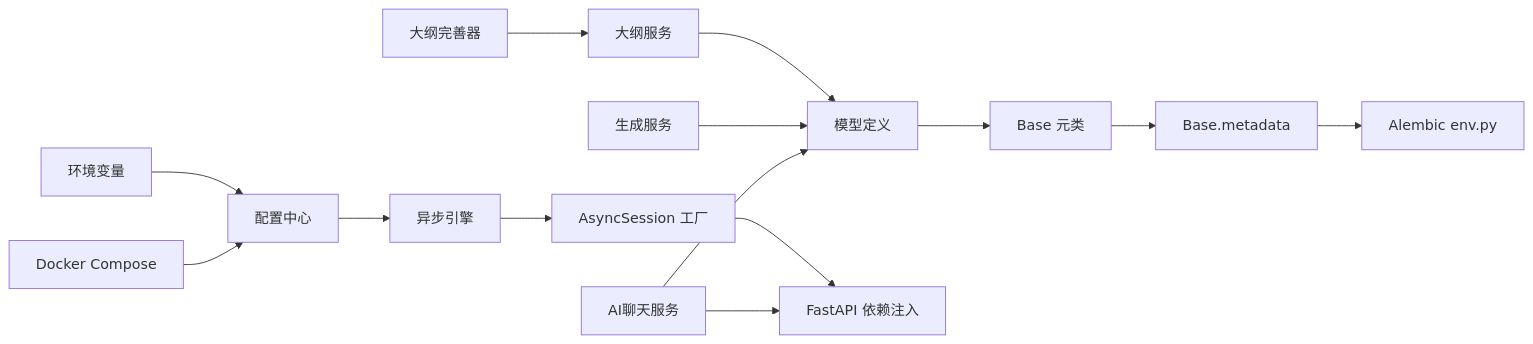
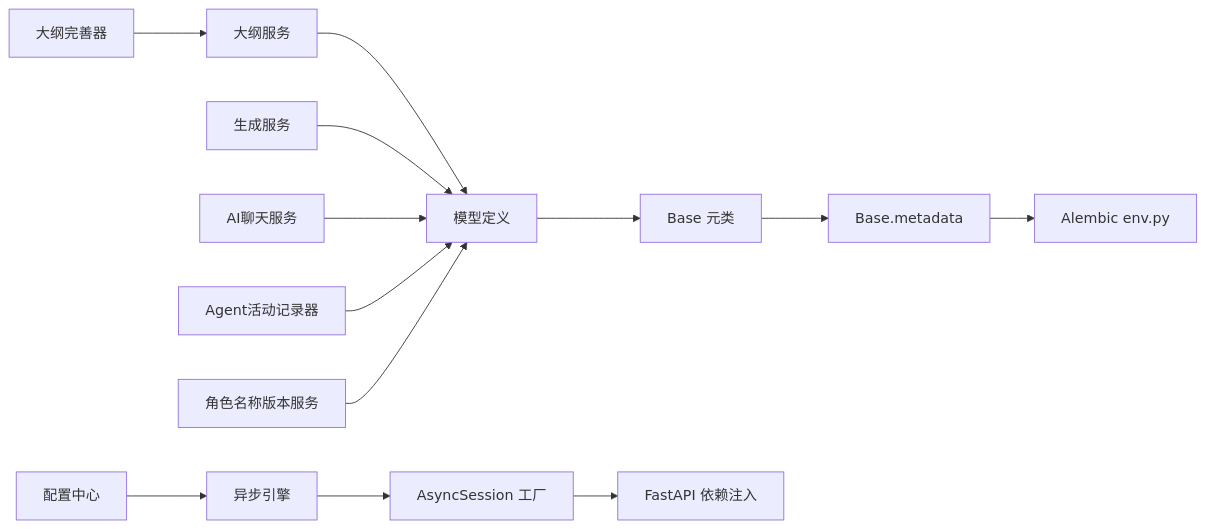
Before and after one commit to xfbyxq/ai-novel-system: diagram 15 of 15 in .qoder/repowiki/zh/content/后端架构/数据库设计.md, drawn with Mermaid. The commit also changed other lines of this file and 11 other files, not shown here.

````diff
--- a/.qoder/repowiki/zh/content/后端架构/数据库设计.md
+++ b/.qoder/repowiki/zh/content/后端架构/数据库设计.md
@@ -929,16 +1053,15 @@
 ```mermaid
 graph LR
 Models["模型定义"] --> Base["Base 元类"]
 Base --> Meta["Base.metadata"]
 Meta --> Env["Alembic env.py"]
 Config["配置中心"] --> Engine["异步引擎"]
 Engine --> Session["AsyncSession 工厂"]
 Session --> API["FastAPI 依赖注入"]
 OutlineService["大纲服务"] --> Models
 GenerationService["生成服务"] --> Models
 AIChatService["AI聊天服务"] --> Models
-AIChatService --> API
-EnvVars["环境变量"] --> Config
-Compose["Docker Compose"] --> Config
+AgentActivityRecorder["Agent活动记录器"] --> Models
+CharacterNameVersionService["角色名称版本服务"] --> Models
 OutlineRefiner["大纲完善器"] --> OutlineService
 ```
````
